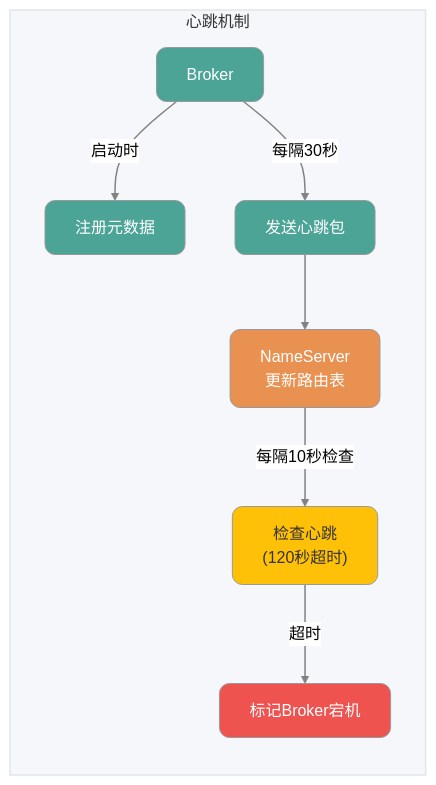
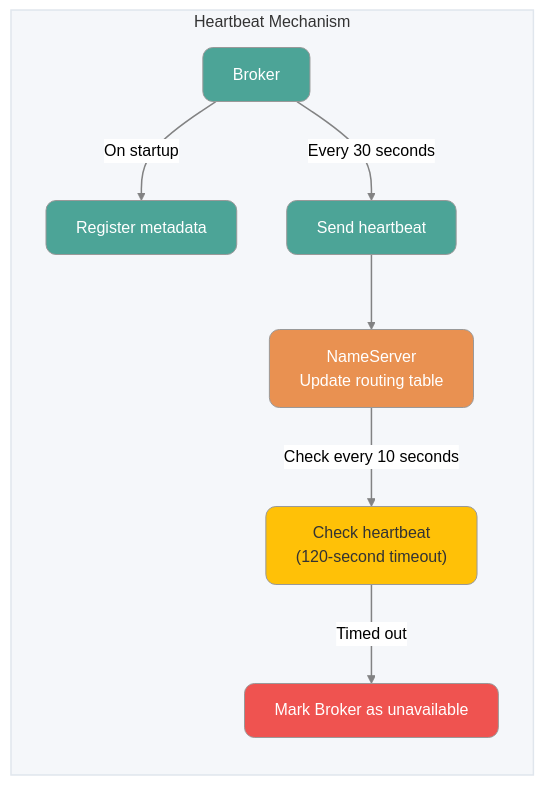
Before and after one commit to m3h3d1/JavaGuideEn: the sixth of 13 diagrams in docs/high-performance/message-queue/rocketmq-questions.md, drawn with Mermaid (neutral theme). The commit also changed other lines of this file and 128 other files, not shown here.

````diff
--- a/docs/high-performance/message-queue/rocketmq-questions.md
+++ b/docs/high-performance/message-queue/rocketmq-questions.md
@@ -432,26 +432,26 @@
 ```mermaid
 flowchart LR
-    subgraph Heartbeat["心跳机制"]
+    subgraph Heartbeat["Heartbeat Mechanism"]
         style Heartbeat fill:#F5F7FA,stroke:#E0E6ED,stroke-width:1.5px
         direction TB
-        BK["Broker"] -->|启动时| Reg["注册元数据"]
-        BK -->|每隔30秒| HB["发送心跳包"]
-        HB --> NS["NameServer<br/>更新路由表"]
-        NS -->|每隔10秒检查| Check["检查心跳<br/>(120秒超时)"]
-        Check -->|超时| Down["标记Broker宕机"]
+        BK["Broker"] -->|On startup| Reg["Register metadata"]
+        BK -->|Every 30 seconds| HB["Send heartbeat"]
+        HB --> NS["NameServer<br/>Update routing table"]
+        NS -->|Check every 10 seconds| Check["Check heartbeat<br/>(120-second timeout)"]
+        Check -->|Timed out| Down["Mark Broker as unavailable"]
     end
 
     classDef broker fill:#4CA497,color:#fff,rx:10,ry:10
     classDef ns fill:#E99151,color:#fff,rx:10,ry:10
     classDef check fill:#FFC107,color:#333,rx:10,ry:10
     classDef down fill:#EF5350,color:#fff,rx:10,ry:10
     classDef default fill:#4CA497,color:#fff,rx:10,ry:10
 
     class BK broker
     class NS ns
     class Check check
     class Down down
     class Reg,HB default
 
     linkStyle default stroke-width:1.5px,opacity:0.8
 ```
````
